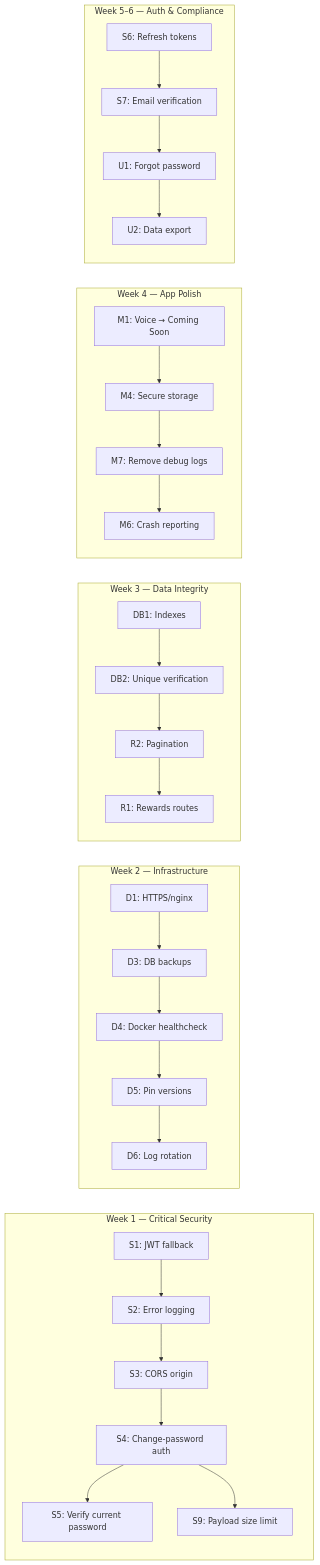
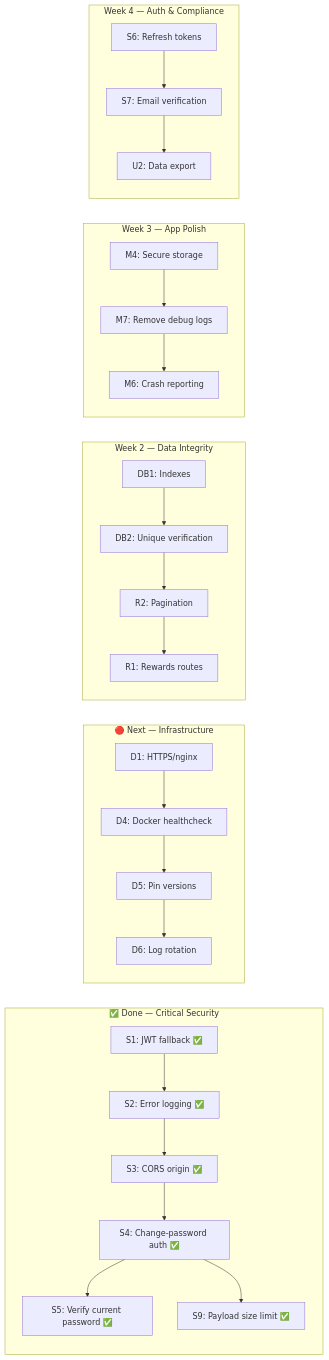
Before and after one commit to Najla-Citadel/fraudshield: the diagram in production_ready_checklist.md, drawn with Mermaid. The commit also changed other lines of this file and 27 other files, not shown here.

````diff
--- a/production_ready_checklist.md
+++ b/production_ready_checklist.md
@@ -234,35 +188,32 @@
 ```mermaid
 flowchart LR
-    subgraph "Week 1 — Critical Security"
-        S1[S1: JWT fallback] --> S2[S2: Error logging]
-        S2 --> S3[S3: CORS origin]
-        S3 --> S4[S4: Change-password auth]
-        S4 --> S5[S5: Verify current password]
-        S4 --> S9[S9: Payload size limit]
+    subgraph "✅ Done — Critical Security"
+        S1[S1: JWT fallback ✅] --> S2[S2: Error logging ✅]
+        S2 --> S3[S3: CORS origin ✅]
+        S3 --> S4[S4: Change-password auth ✅]
+        S4 --> S5[S5: Verify current password ✅]
+        S4 --> S9[S9: Payload size limit ✅]
     end
 
-    subgraph "Week 2 — Infrastructure"
-        D1[D1: HTTPS/nginx] --> D3[D3: DB backups]
-        D3 --> D4[D4: Docker healthcheck]
+    subgraph "🔴 Next — Infrastructure"
+        D1[D1: HTTPS/nginx] --> D4[D4: Docker healthcheck]
         D4 --> D5[D5: Pin versions]
         D5 --> D6[D6: Log rotation]
     end
 
-    subgraph "Week 3 — Data Integrity"
+    subgraph "Week 2 — Data Integrity"
         DB1[DB1: Indexes] --> DB2[DB2: Unique verification]
         DB2 --> R2[R2: Pagination]
         R2 --> R1[R1: Rewards routes]
     end
 
-    subgraph "Week 4 — App Polish"
-        M1[M1: Voice → Coming Soon] --> M4[M4: Secure storage]
-        M4 --> M7[M7: Remove debug logs]
+    subgraph "Week 3 — App Polish"
+        M4[M4: Secure storage] --> M7[M7: Remove debug logs]
         M7 --> M6[M6: Crash reporting]
     end
 
-    subgraph "Week 5–6 — Auth & Compliance"
+    subgraph "Week 4 — Auth & Compliance"
         S6[S6: Refresh tokens] --> S7[S7: Email verification]
-        S7 --> U1[U1: Forgot password]
-        U1 --> U2[U2: Data export]
+        S7 --> U2[U2: Data export]
     end
 ```
````
